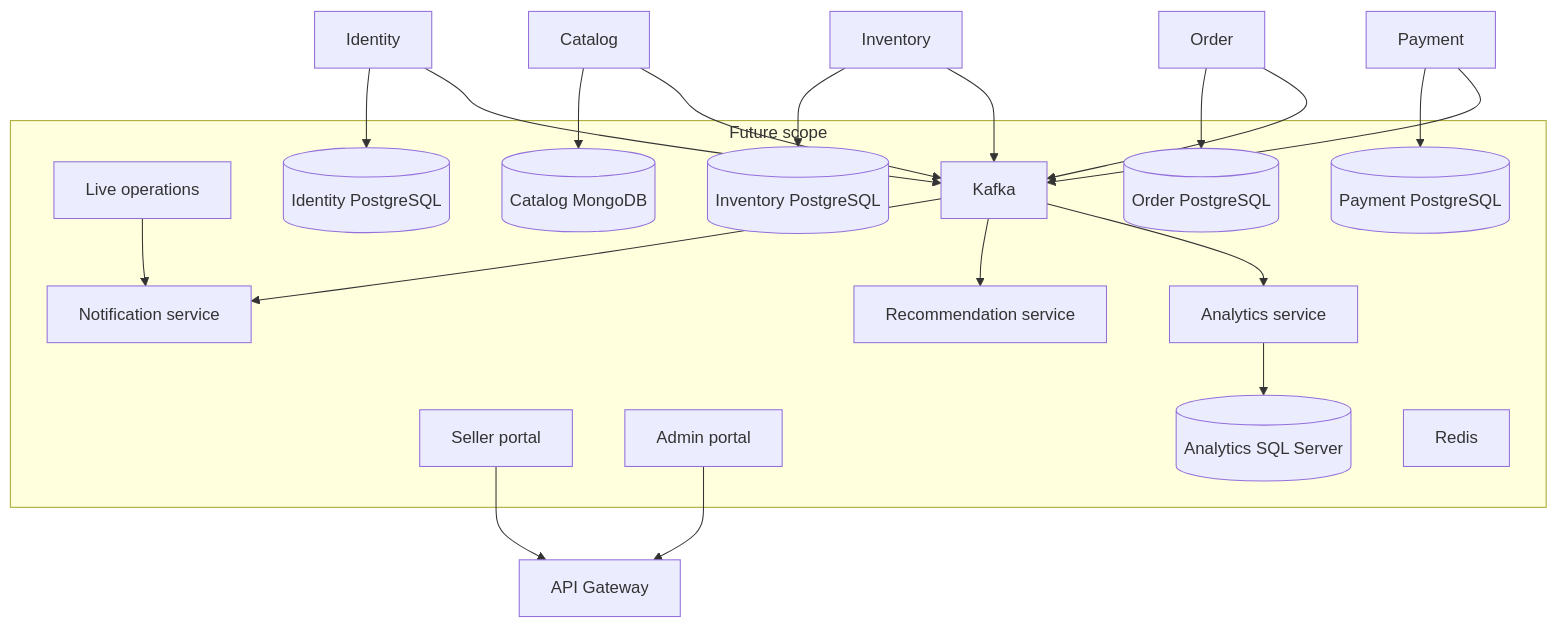
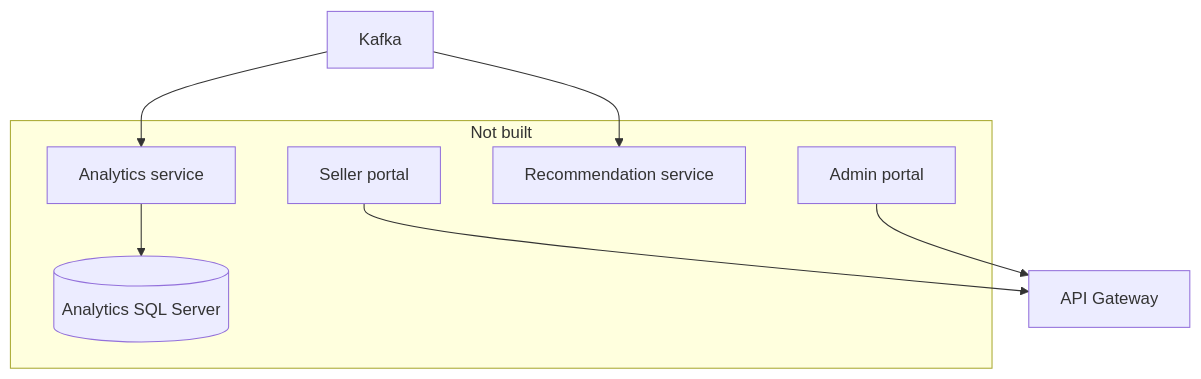
The third of 3 diagrams in docs/architecture/deployment-architecture.md (lecongnhat247/bazaar), drawn with Mermaid before and after one commit. The commit also changed other lines of this file and 3 other files, not shown here.

Commit message:
Record the verified Phase 3 stack in the architecture diagrams, including the notification socket, Kafka, Redis, and the dead-letter path.

````diff
--- a/docs/architecture/deployment-architecture.md
+++ b/docs/architecture/deployment-architecture.md
@@ -156,38 +173,16 @@
 ```mermaid
 flowchart TB
-  subgraph future [Future scope]
+  subgraph later [Not built]
     seller[Seller portal]
     admin[Admin portal]
-    live[Live operations]
-    notify[Notification service]
     recommend[Recommendation service]
     analytics[Analytics service]
-
-    pgId[(Identity PostgreSQL)]
-    mongo[(Catalog MongoDB)]
-    pgInv[(Inventory PostgreSQL)]
-    pgOrd[(Order PostgreSQL)]
-    pgPay[(Payment PostgreSQL)]
     sql[(Analytics SQL Server)]
-    kafka[Kafka]
-    redis[Redis]
   end
 
-  seller --> gatewayFuture[API Gateway]
-  admin --> gatewayFuture
-  live --> notify
-  kafka --> notify
-  kafka --> recommend
-  kafka --> analytics
+  seller --> gatewayLater[API Gateway]
+  admin --> gatewayLater
+  kafkaLater[Kafka] --> recommend
+  kafkaLater --> analytics
   analytics --> sql
-  identityFuture[Identity] --> pgId
-  catalogFuture[Catalog] --> mongo
-  inventoryFuture[Inventory] --> pgInv
-  orderFuture[Order] --> pgOrd
-  paymentFuture[Payment] --> pgPay
-  identityFuture --> kafka
-  catalogFuture --> kafka
-  inventoryFuture --> kafka
-  orderFuture --> kafka
-  paymentFuture --> kafka
 ```
````
